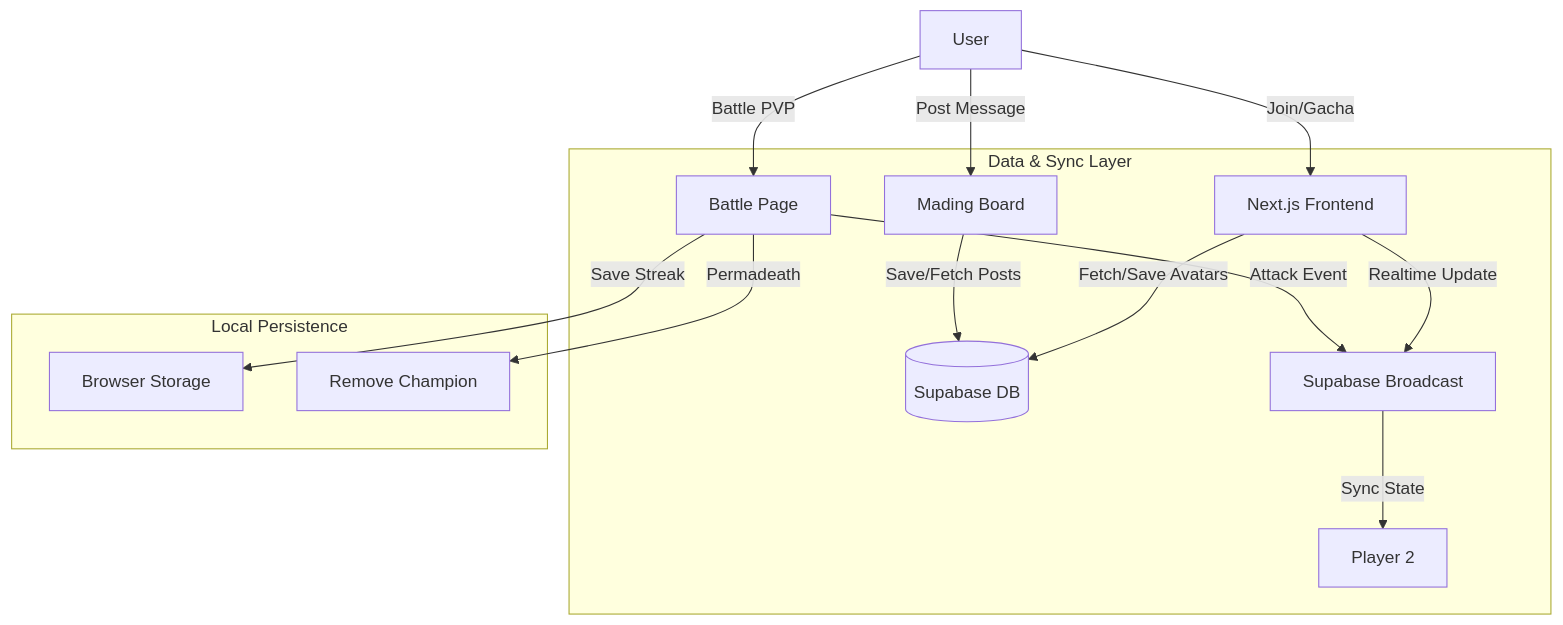
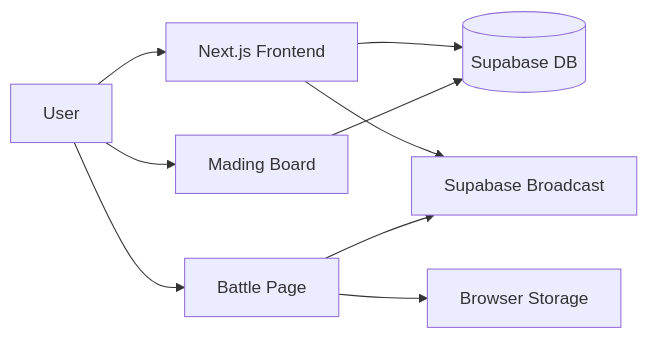
Before and after one commit to Marvx-US/AsahMemory: the first of 4 diagrams in README.md, drawn with Mermaid. The commit also changed other lines of this file, not shown here.

````diff
--- a/README.md
+++ b/README.md
@@ -76,19 +76,11 @@
 ```mermaid
-graph TD
-    User[User] -->|Join/Gacha| NextJS[Next.js Frontend]
-    User -->|Battle PVP| Battle[Battle Page]
-    User -->|Post Message| Mading[Mading Board]
-    
-    subgraph DataSync[Data & Sync Layer]
-        NextJS -->|Fetch/Save Avatars| DB[(Supabase DB)]
-        Mading -->|Save/Fetch Posts| DB
-        NextJS -->|Realtime Update| Broadcast[Supabase Broadcast]
-        Battle -->|Attack Event| Broadcast
-        Broadcast -->|Sync State| Opponent[Player 2]
-    end
-    
-    subgraph LocalStore[Local Persistence]
-        Battle -->|Save Streak| LocalStorage[Browser Storage]
-        Battle -->|Permadeath| Delete[Remove Champion]
-    end
+graph LR
+    User[User] --> NextJS[Next.js Frontend]
+    User --> Battle[Battle Page]
+    User --> Mading[Mading Board]
+    NextJS --> DB[(Supabase DB)]
+    Mading --> DB
+    NextJS --> Broadcast[Supabase Broadcast]
+    Battle --> Broadcast
+    Battle --> LocalStorage[Browser Storage]
 ```
````
